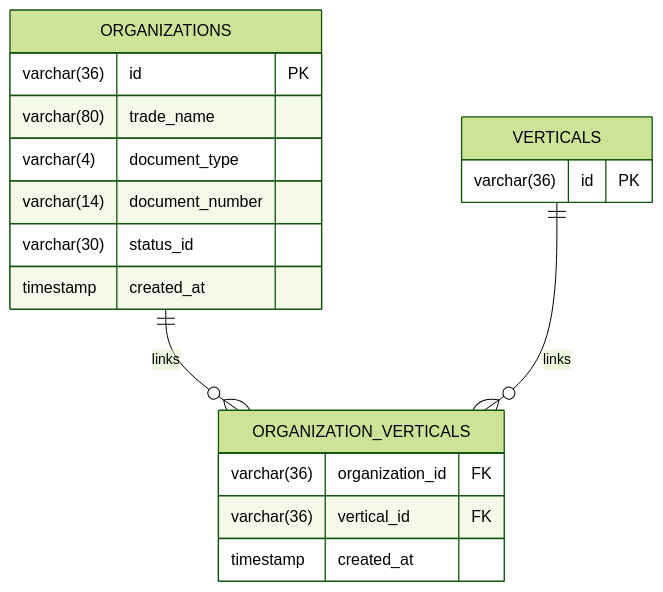
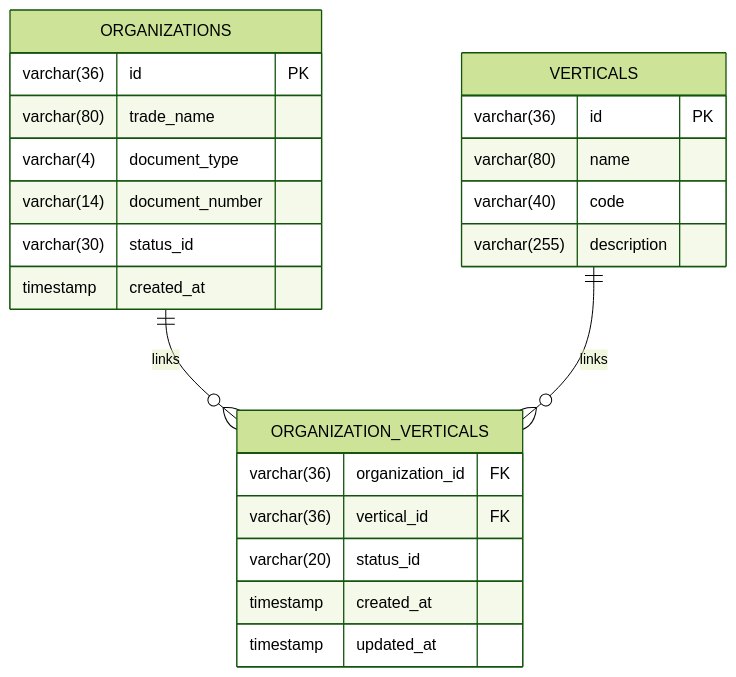
Before and after one commit to CSousa-Dev/smart-delivery: the sixth of 7 diagrams in specs/modules/organization/07-list-organizations/design.md, drawn with Mermaid (forest theme). The commit also changed other lines of this file and 107 other files, not shown here.

````diff
--- a/specs/modules/organization/07-list-organizations/design.md
+++ b/specs/modules/organization/07-list-organizations/design.md
@@ -236,24 +306,29 @@
 ```mermaid
 erDiagram
     ORGANIZATIONS {
         varchar(36) id PK
         varchar(80) trade_name
         varchar(4) document_type
         varchar(14) document_number
         varchar(30) status_id
         timestamp created_at
     }
 
     ORGANIZATION_VERTICALS {
         varchar(36) organization_id FK
         varchar(36) vertical_id FK
+        varchar(20) status_id
         timestamp created_at
+        timestamp updated_at
     }
 
     VERTICALS {
         varchar(36) id PK
+        varchar(80) name
+        varchar(40) code
+        varchar(255) description
     }
 
     ORGANIZATIONS ||--o{ ORGANIZATION_VERTICALS : links
     VERTICALS ||--o{ ORGANIZATION_VERTICALS : links
 ```
````
